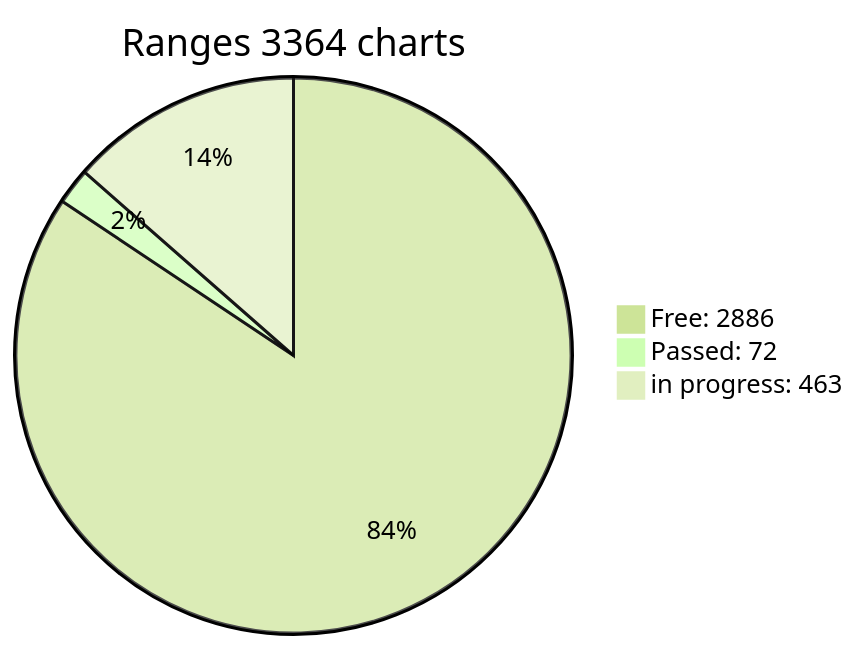
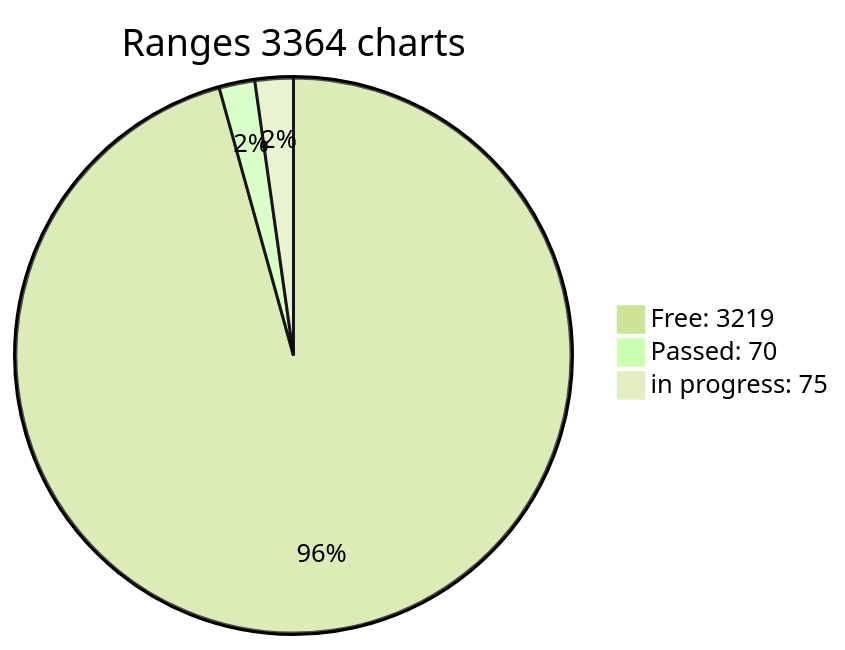
Before and after one commit to phrutis/wif500: the diagram in x64/Release/table.md, drawn with Mermaid (forest theme). The commit also changed other lines of this file, not shown here.

````diff
--- a/x64/Release/table.md
+++ b/x64/Release/table.md
@@ -3,6 +3,6 @@
 ```mermaid
 pie title Ranges 3364 charts
-"Free: 2886" : 2886
-"Passed: 72" : 72
-"in progress: 463" : 463
+"Free: 3219" : 3219
+"Passed: 70" : 70
+"in progress: 75" : 75
 ``` 
````
